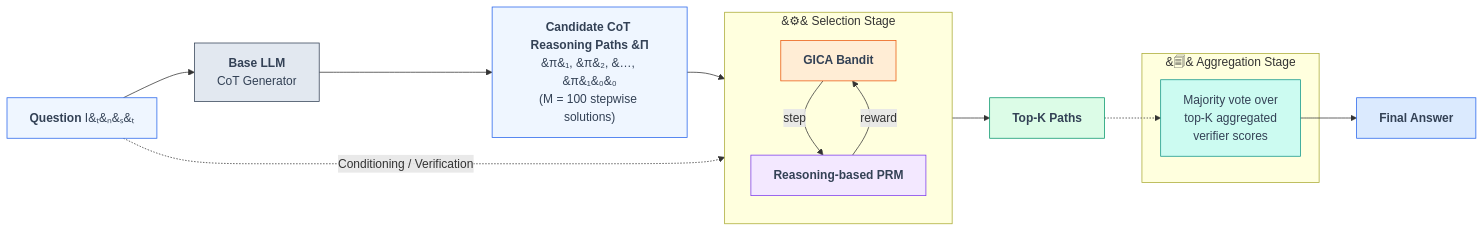
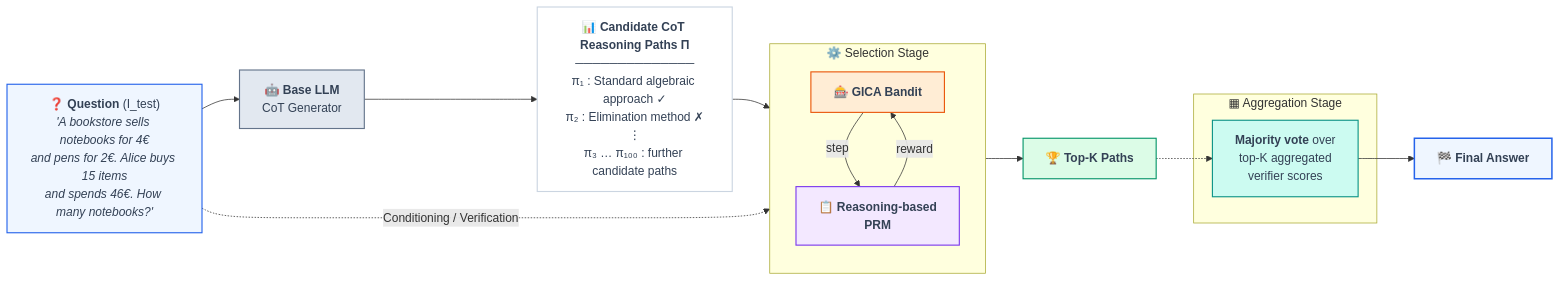
Before and after one commit to mohsen1amiri/GICA: the first of 2 diagrams in README.md, drawn with Mermaid. The commit also changed other lines of this file, not shown here.

First line of the commit message:
Enhance README with workflow details and diagrams

````diff
--- a/README.md
+++ b/README.md
@@ -214,42 +214,45 @@
 ```mermaid
 flowchart LR
-    Q["<b>Question</b> I&#8348;&#8345;&#8347;&#8348;"]
-    LLM["<b>Base LLM</b><br/>CoT Generator"]
-    PATHS["<b>Candidate CoT Reasoning Paths &#928;</b><br/>&#960;&#8321;, &#960;&#8322;, &#8230;, &#960;&#8321;&#8320;&#8320;<br/>(M = 100 stepwise solutions)"]
+    Q["❓ <b>Question</b> (I_test)<br/><i>'A bookstore sells notebooks for 4€<br/>and pens for 2€. Alice buys 15 items<br/>and spends 46€. How many notebooks?'</i>"]
+    LLM["🤖 <b>Base LLM</b><br/>CoT Generator"]
+    PATHS["📊 <b>Candidate CoT Reasoning Paths Π</b><br/>──────────────<br/>π₁ : Standard algebraic approach ✓<br/>π₂ : Elimination method ✗<br/>⋮<br/>π₃ … π₁₀₀ : further candidate paths"]
 
-    subgraph SEL ["&#9881;&#65039; Selection Stage"]
+    subgraph SEL ["⚙️ Selection Stage"]
         direction TB
-        GICA["<b>GICA Bandit</b>"]
-        PRM["<b>Reasoning-based PRM</b>"]
+        GICA["🎰 <b>GICA Bandit</b>"]
+        PRM["📋 <b>Reasoning-based<br/>PRM</b>"]
         GICA -- "step" --> PRM
         PRM -- "reward" --> GICA
     end
 
-    TOPK["<b>Top-K Paths</b>"]
+    TOPK["🏆 <b>Top-K Paths</b>"]
 
-    subgraph AGG ["&#128464;&#65039; Aggregation Stage"]
-        MV["Majority vote over<br/>top-K aggregated<br/>verifier scores"]
+    subgraph AGG ["▦ Aggregation Stage"]
+        MV["<b>Majority vote</b> over<br/>top-K aggregated<br/>verifier scores"]
     end
 
-    FINAL["<b>Final Answer</b>"]
+    PRED["🏁 <b>Final Answer</b>"]
 
     Q --> LLM --> PATHS --> GICA
     GICA --> TOPK
-    TOPK -.-> MV --> FINAL
+    TOPK -.-> MV --> PRED
     Q -. "Conditioning / Verification" .-> PRM
 
-    classDef input fill:#EFF6FF,stroke:#2563EB,color:#334155;
-    classDef llm fill:#E2E8F0,stroke:#334155,color:#334155;
-    classDef bandit fill:#FFEDD5,stroke:#EA580C,color:#334155;
-    classDef prm fill:#F3E8FF,stroke:#7C3AED,color:#334155;
-    classDef topk fill:#DCFCE7,stroke:#059669,color:#334155;
-    classDef agg fill:#CCFBF1,stroke:#0D9488,color:#334155;
-    classDef final fill:#DBEAFE,stroke:#2563EB,color:#334155;
-    class Q,PATHS input;
-    class LLM llm;
-    class GICA bandit;
-    class PRM prm;
-    class TOPK topk;
-    class MV agg;
-    class FINAL final;
+    classDef inputCls   fill:#EFF6FF,stroke:#2563EB,stroke-width:1.5px,color:#334155;
+    classDef llmCls     fill:#E2E8F0,stroke:#64748B,stroke-width:1.5px,color:#334155;
+    classDef pathCls    fill:#FFFFFF,stroke:#CBD5E1,stroke-width:1.5px,color:#334155;
+    classDef banditCls  fill:#FFEDD5,stroke:#EA580C,stroke-width:1.5px,color:#334155;
+    classDef prmCls     fill:#F3E8FF,stroke:#7C3AED,stroke-width:1.5px,color:#334155;
+    classDef topkCls    fill:#DCFCE7,stroke:#059669,stroke-width:1.5px,color:#334155;
+    classDef aggCls     fill:#CCFBF1,stroke:#0D9488,stroke-width:1.5px,color:#334155;
+    classDef finalCls   fill:#EFF6FF,stroke:#2563EB,stroke-width:2px,color:#334155;
+
+    class Q inputCls;
+    class LLM llmCls;
+    class PATHS pathCls;
+    class GICA banditCls;
+    class PRM prmCls;
+    class TOPK topkCls;
+    class MV aggCls;
+    class PRED finalCls;
 ```
````
